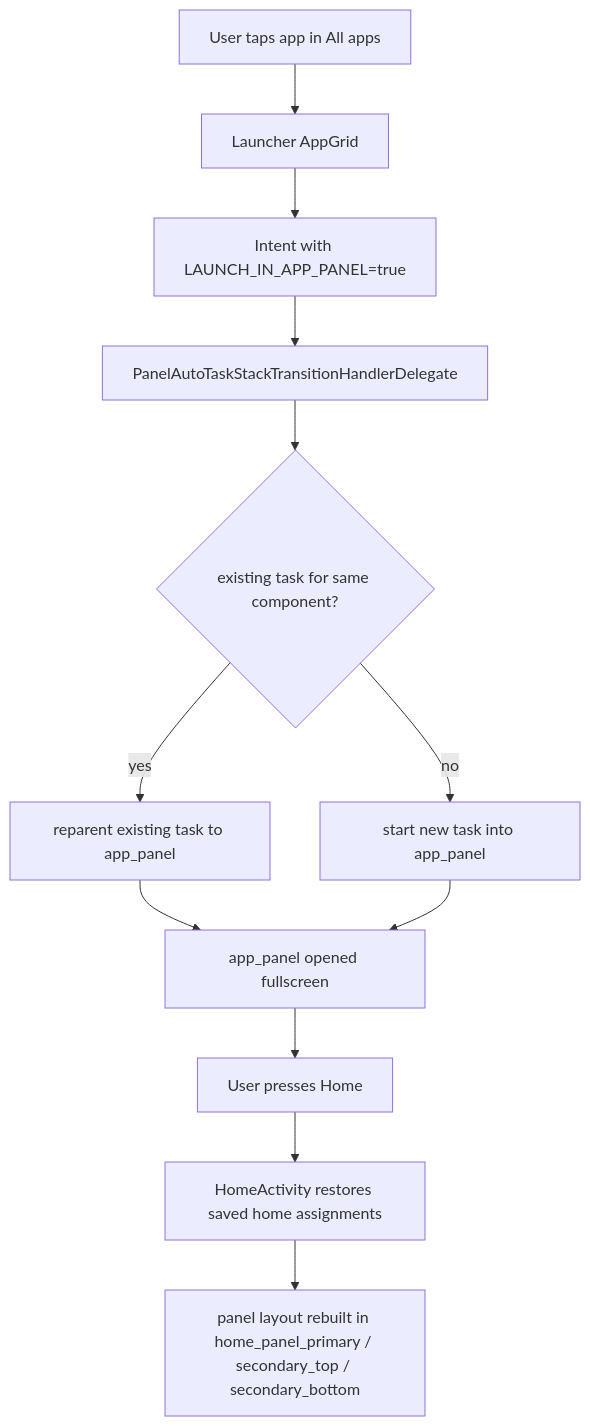
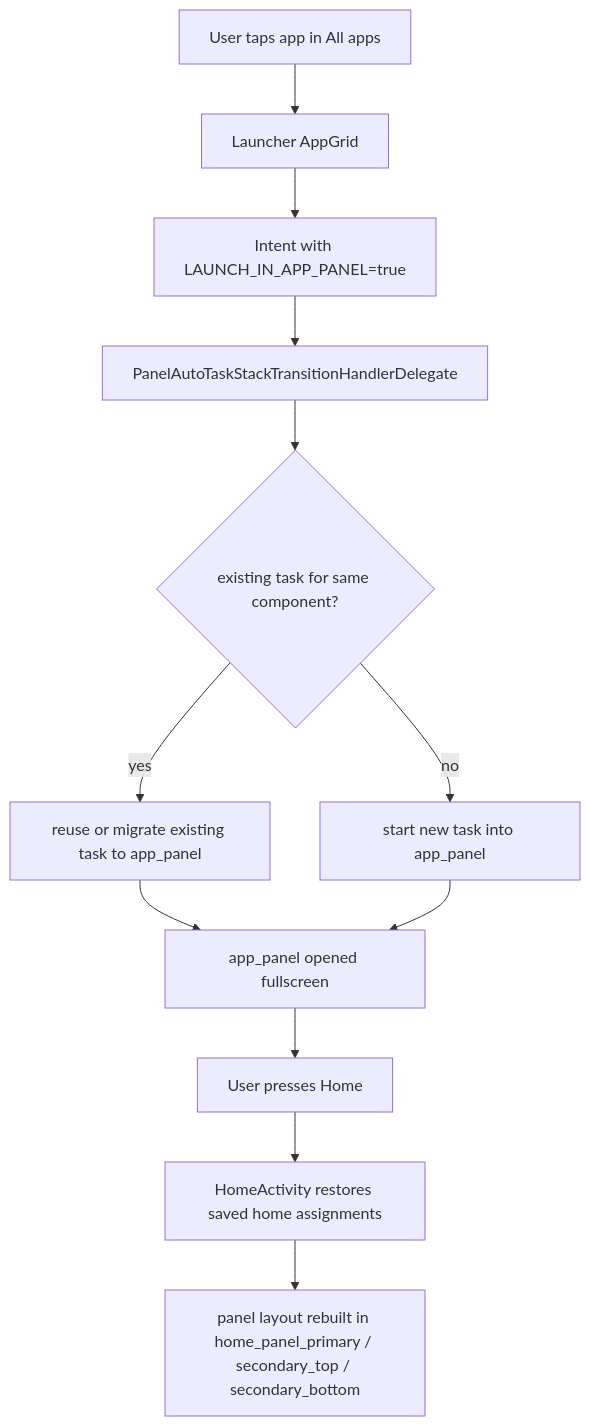
One commit to Nyma-fuk/scalableui-poc changed the first of 2 diagrams in docs/editable_home_fullscreen_architecture_ja.md. Above: the diagram before and after it, drawn with Mermaid. The commit also changed other lines of this file and 16 other files, not shown here.

````diff
--- a/docs/editable_home_fullscreen_architecture_ja.md
+++ b/docs/editable_home_fullscreen_architecture_ja.md
@@ -130,14 +134,14 @@
 ```mermaid
 flowchart TD
     A[User taps app in All apps] --> B[Launcher AppGrid]
     B --> C[Intent with LAUNCH_IN_APP_PANEL=true]
     C --> D[PanelAutoTaskStackTransitionHandlerDelegate]
     D --> E{existing task for same component?}
-    E -- yes --> F[reparent existing task to app_panel]
+    E -- yes --> F[reuse or migrate existing task to app_panel]
     E -- no --> G[start new task into app_panel]
     F --> H[app_panel opened fullscreen]
     G --> H
     H --> I[User presses Home]
     I --> J[HomeActivity restores saved home assignments]
     J --> K[panel layout rebuilt in home_panel_primary / secondary_top / secondary_bottom]
 ```
````
